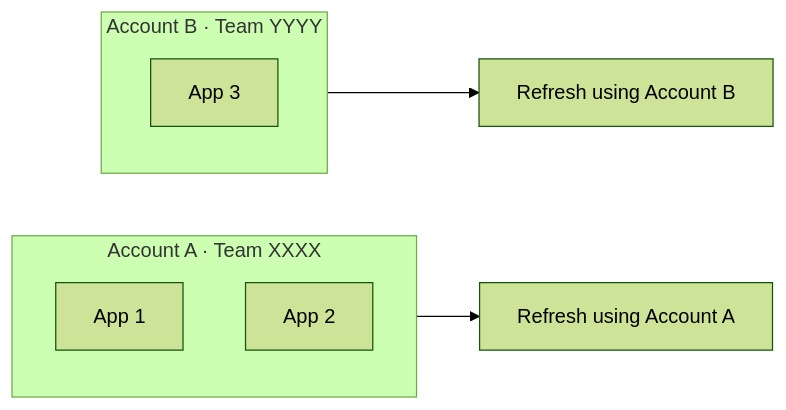
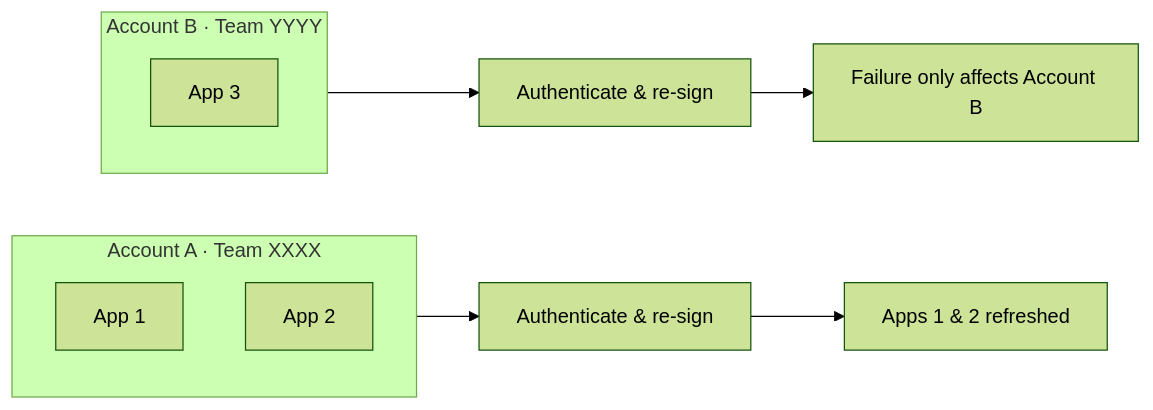
One commit to lungustefan/MultiStore changed the diagram in README.md. Above: the diagram before and after it, drawn with Mermaid (forest theme). The commit also changed other lines of this file, not shown here.

Commit message:
docs: final touches — diagram shows failure isolation, wording nits
- Architecture diagram: add result nodes (apps refreshed vs. failure only affects Account B),
  visualizing failure isolation.
- Bold 'more apps than a single free Apple ID allows'; 'uses its own bundle identifier'.
- Soften the paid-account FAQ line to be precise about the Developer Program removing free limits.

````diff
--- a/README.md
+++ b/README.md
@@ -56,12 +56,14 @@
 ```mermaid
 flowchart LR
     subgraph A["Account A · Team XXXX"]
         A1["App 1"]
         A2["App 2"]
     end
     subgraph B["Account B · Team YYYY"]
         B1["App 3"]
     end
-    A --> RA["Refresh using Account A"]
-    B --> RB["Refresh using Account B"]
+    A --> RA["Authenticate &amp; re-sign"]
+    B --> RB["Authenticate &amp; re-sign"]
+    RA --> OK["Apps 1 &amp; 2 refreshed"]
+    RB --> FAIL["Failure only affects Account B"]
 ```
````
